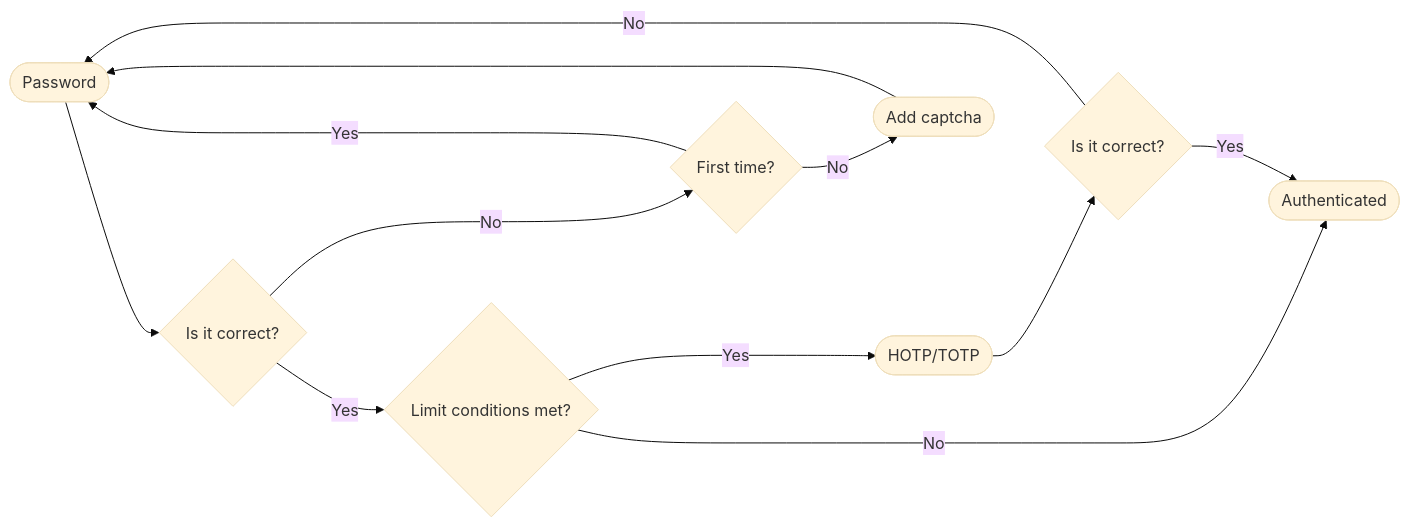
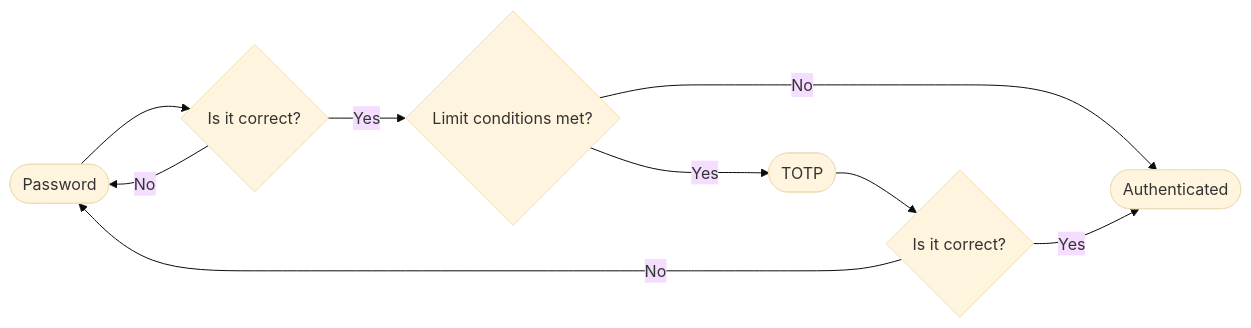
The first of 6 diagrams in docs/reports/final_report.md (davidjosearaujo/iaa-idp-client), drawn with Mermaid (base theme) before and after one commit. The commit also changed other lines of this file, not shown here.

````diff
--- a/docs/reports/final_report.md
+++ b/docs/reports/final_report.md
@@ -79,14 +85,11 @@
 ```{.mermaid caption="Home Banking authentication flow."}
 flowchart LR
    A([Password])--> B{Is it correct?}
+   B -- No --> A
    B -- Yes --> H{Limit conditions met?}
-   H -- Yes ---> D([HOTP/TOTP])
+   H -- Yes ---> D([TOTP])
    H -- No --> C([Authenticated])
-   B -- No ---> G{First time?}
-   G -- No --> F([Add captcha])
-   G -- Yes --> A
-   F --> A
    D --> E{Is it correct?}
    E -- Yes --> C
    E -- No --> A
 ```
````
